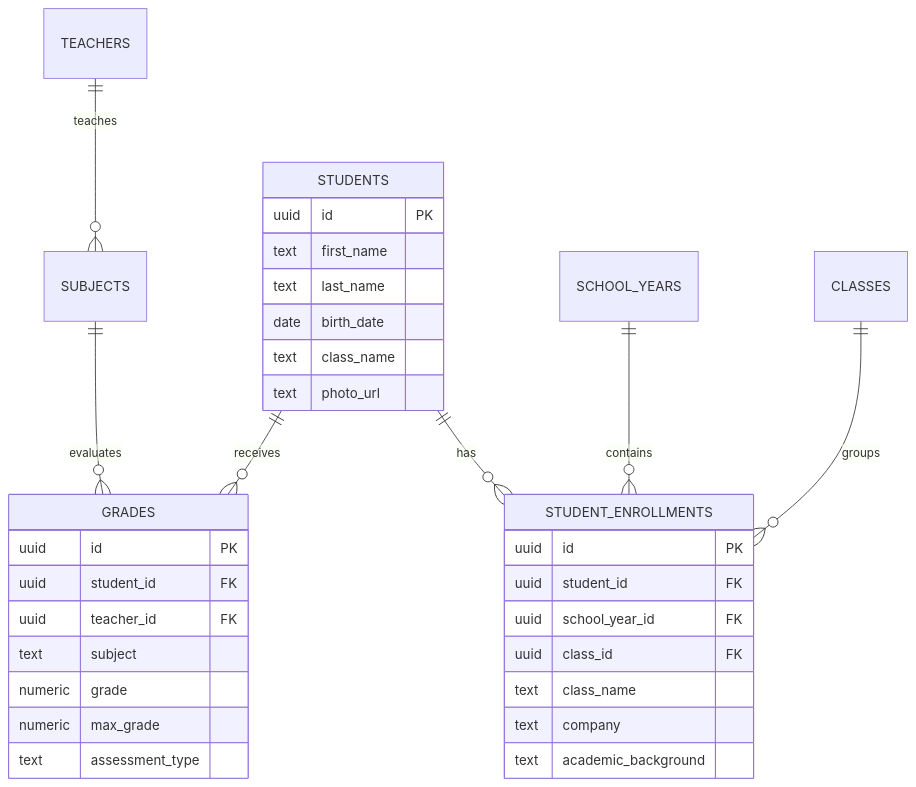
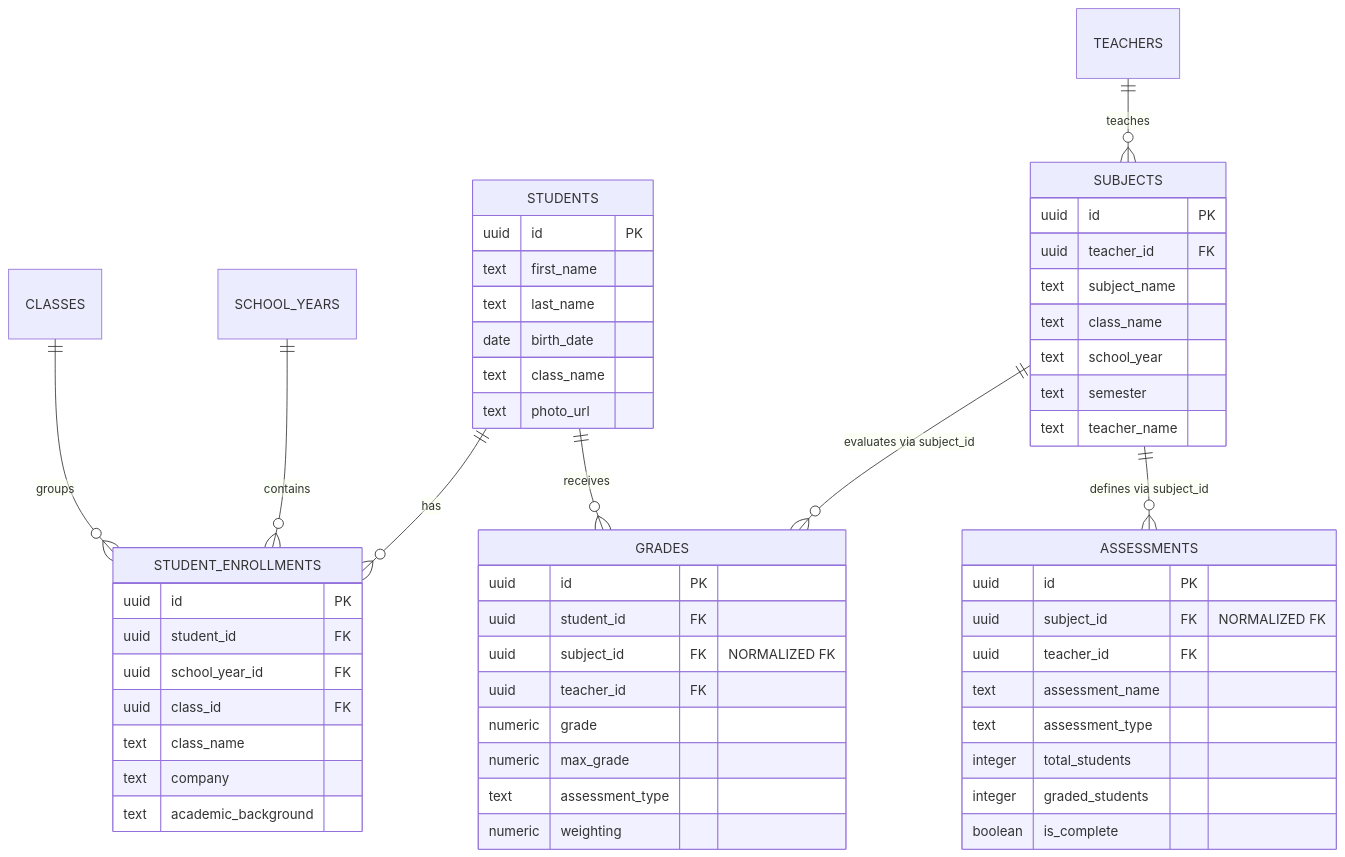
Before and after one commit to regenschool/regen-plateformeinterne: the diagram in docs/architecture/system-design.md, drawn with Mermaid. The commit also changed other lines of this file and 3 other files, not shown here.

````diff
--- a/docs/architecture/system-design.md
+++ b/docs/architecture/system-design.md
@@ -36,38 +36,62 @@
 ```mermaid
 erDiagram
     STUDENTS ||--o{ STUDENT_ENROLLMENTS : has
     SCHOOL_YEARS ||--o{ STUDENT_ENROLLMENTS : contains
     CLASSES ||--o{ STUDENT_ENROLLMENTS : groups
+    
     TEACHERS ||--o{ SUBJECTS : teaches
-    SUBJECTS ||--o{ GRADES : evaluates
+    SUBJECTS ||--o{ GRADES : "evaluates via subject_id"
+    SUBJECTS ||--o{ ASSESSMENTS : "defines via subject_id"
     STUDENTS ||--o{ GRADES : receives
     
     STUDENTS {
         uuid id PK
         text first_name
         text last_name
         date birth_date
         text class_name
         text photo_url
     }
     
     STUDENT_ENROLLMENTS {
         uuid id PK
         uuid student_id FK
         uuid school_year_id FK
         uuid class_id FK
         text class_name
         text company
         text academic_background
     }
     
+    SUBJECTS {
+        uuid id PK
+        uuid teacher_id FK
+        text subject_name
+        text class_name
+        text school_year
+        text semester
+        text teacher_name
+    }
+    
     GRADES {
         uuid id PK
         uuid student_id FK
+        uuid subject_id FK "NORMALIZED FK"
         uuid teacher_id FK
-        text subject
         numeric grade
         numeric max_grade
         text assessment_type
+        numeric weighting
+    }
+    
+    ASSESSMENTS {
+        uuid id PK
+        uuid subject_id FK "NORMALIZED FK"
+        uuid teacher_id FK
+        text assessment_name
+        text assessment_type
+        integer total_students
+        integer graded_students
+        boolean is_complete
     }
 ```
````
